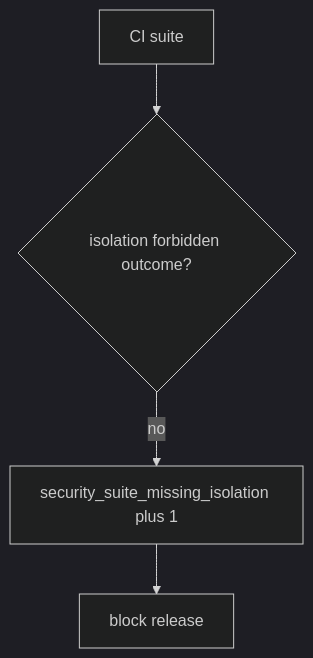
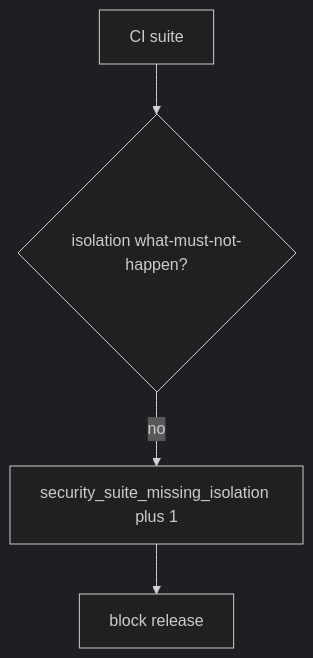
The diagram in content/modules/9/9.3/lessons/06-operate.md (ishitvagoel/LearnSecurity), drawn with Mermaid (dark theme) before and after one commit. The commit also changed other lines of this file and 39 other files, not shown here.

````diff
--- a/content/modules/9/9.3/lessons/06-operate.md
+++ b/content/modules/9/9.3/lessons/06-operate.md
@@ -13,6 +14,6 @@
 ```mermaid
 flowchart TD
-  Suite[CI suite] --> Iso{isolation forbidden outcome?}
+  Suite[CI suite] --> Iso{isolation what-must-not-happen?}
   Iso -->|no| Metric["security_suite_missing_isolation plus 1"]
   Metric --> Block[block release]
 ```
````
